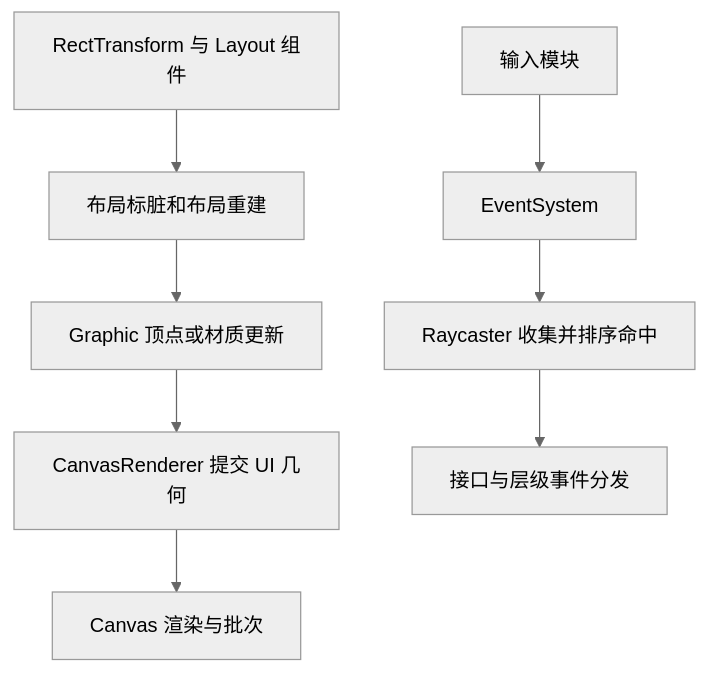
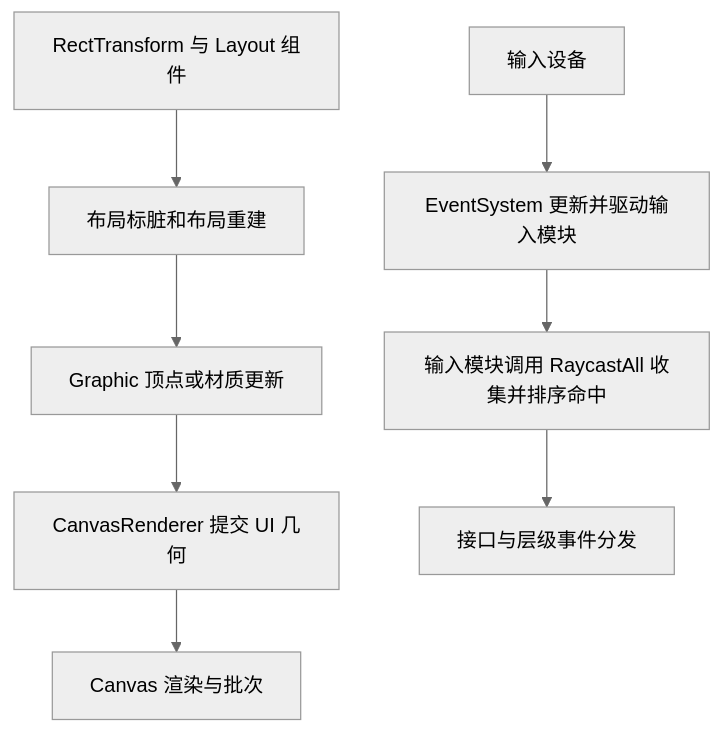
Before and after one commit to BoyLei/Performance: the first of 6 diagrams in Unity性能优化/UGUI架构与事件顺序.md, drawn with Mermaid (neutral theme). The commit also changed other lines of this file and 25 other files, not shown here.

````diff
--- a/Unity性能优化/UGUI架构与事件顺序.md
+++ b/Unity性能优化/UGUI架构与事件顺序.md
@@ -16,10 +16,10 @@
 ```mermaid
 flowchart TD
   A[RectTransform 与 Layout 组件] --> B[布局标脏和布局重建]
   B --> C[Graphic 顶点或材质更新]
   C --> D[CanvasRenderer 提交 UI 几何]
   D --> E[Canvas 渲染与批次]
-  F[输入模块] --> G[EventSystem]
-  G --> H[Raycaster 收集并排序命中]
+  F[输入设备] --> G[EventSystem 更新并驱动输入模块]
+  G --> H[输入模块调用 RaycastAll 收集并排序命中]
   H --> I[接口与层级事件分发]
 ```
````
